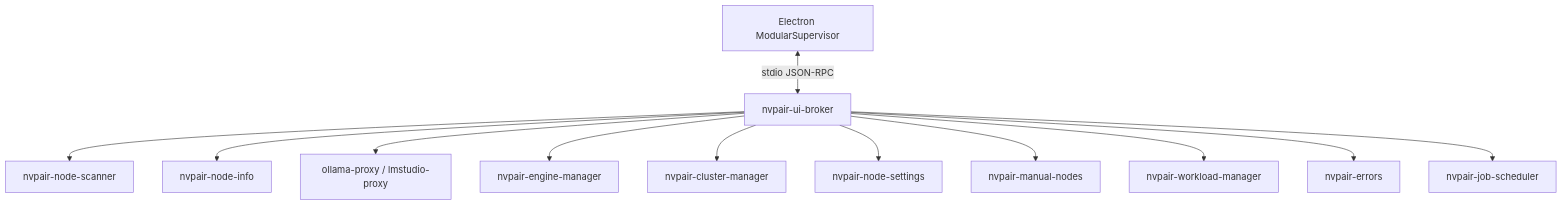
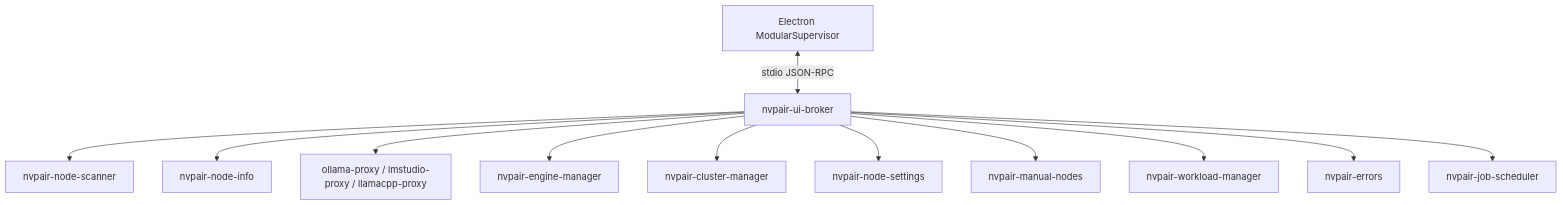
One commit to NVIDIA/Personal-AI-Router changed the diagram in desktop/docs/services-backend.md. Above: the diagram before and after it, drawn with Mermaid. The commit also changed other lines of this file and 23 other files, not shown here.

````diff
--- a/desktop/docs/services-backend.md
+++ b/desktop/docs/services-backend.md
@@ -42,27 +43,27 @@
 ```mermaid
 flowchart TB
     Electron["Electron ModularSupervisor"]
     Broker["nvpair-ui-broker"]
     Scanner["nvpair-node-scanner"]
     NodeInfo["nvpair-node-info"]
-    Proxies["ollama-proxy / lmstudio-proxy"]
+    Proxies["ollama-proxy / lmstudio-proxy / llamacpp-proxy"]
     Engines["nvpair-engine-manager"]
     Cluster["nvpair-cluster-manager"]
     Settings["nvpair-node-settings"]
     Manual["nvpair-manual-nodes"]
     Workloads["nvpair-workload-manager"]
     Errors["nvpair-errors"]
     Scheduler["nvpair-job-scheduler"]
 
     Electron <-->|"stdio JSON-RPC"| Broker
     Broker --> Scanner
     Broker --> NodeInfo
     Broker --> Proxies
     Broker --> Engines
     Broker --> Cluster
     Broker --> Settings
     Broker --> Manual
     Broker --> Workloads
     Broker --> Errors
     Broker --> Scheduler
 ```
````
